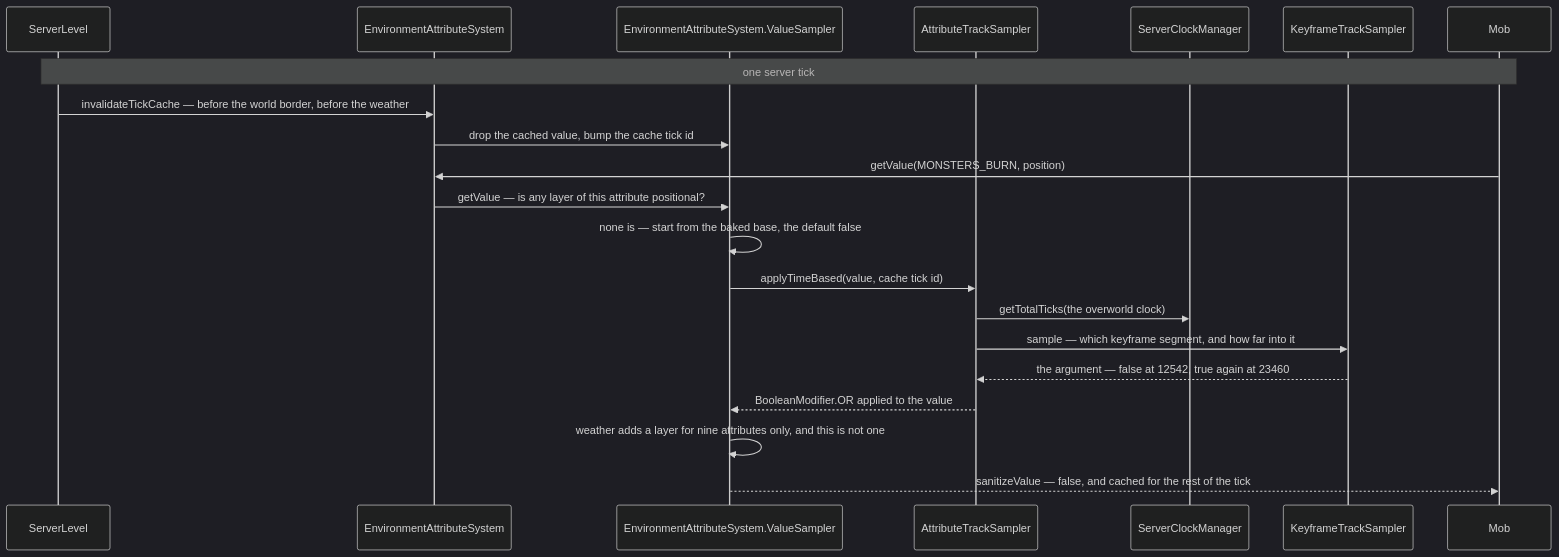
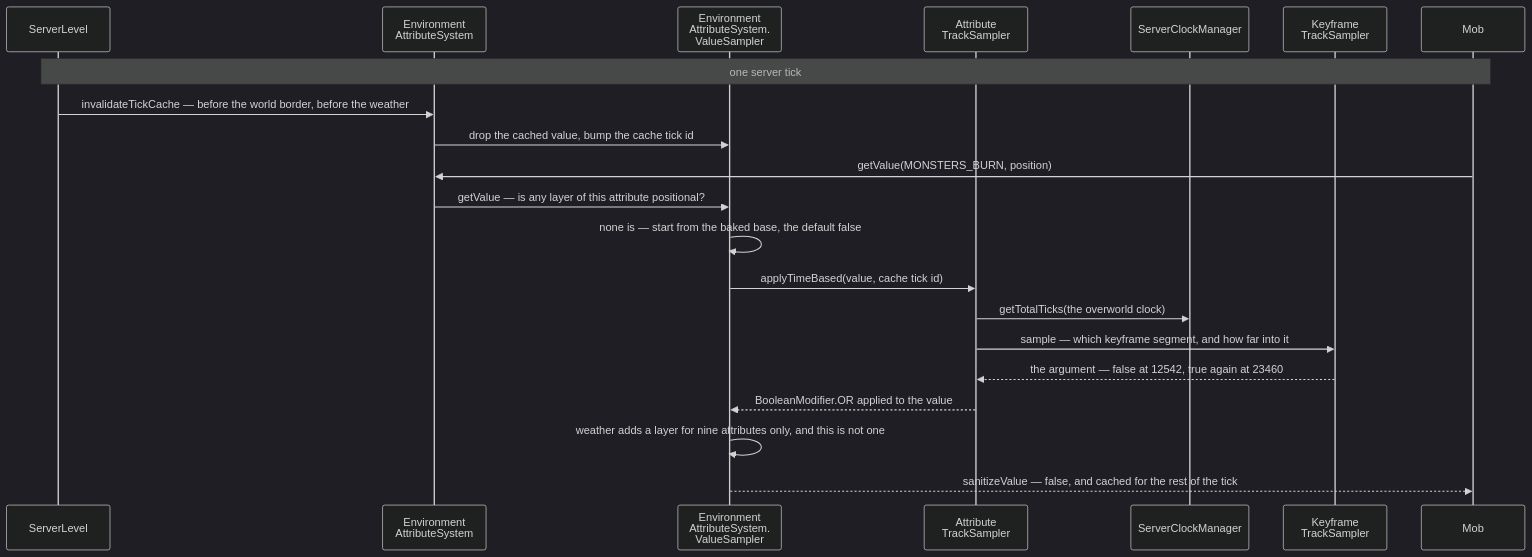
The second of 3 diagrams in src/systems/world/environment-attributes-and-timelines.md (AlexanderjFraser/MinecraftDocs), drawn with Mermaid (dark theme) before and after one commit. The commit also changed other lines of this file and 68 other files, not shown here.

````diff
--- a/src/systems/world/environment-attributes-and-timelines.md
+++ b/src/systems/world/environment-attributes-and-timelines.md
@@ -270,24 +270,24 @@
 ```mermaid
 sequenceDiagram
     participant SL as ServerLevel
-    participant EAS as EnvironmentAttributeSystem
-    participant EVS as EnvironmentAttributeSystem.ValueSampler
-    participant ATS as AttributeTrackSampler
+    participant EAS as Environment<br/>AttributeSystem
+    participant EVS as Environment<br/>AttributeSystem.<br/>ValueSampler
+    participant ATS as Attribute<br/>TrackSampler
     participant SCM as ServerClockManager
-    participant KTS as KeyframeTrackSampler
+    participant KTS as Keyframe<br/>TrackSampler
     participant Mob as Mob
 
     Note over SL,Mob: one server tick
     SL->>EAS: invalidateTickCache — before the world border, before the weather
     EAS->>EVS: drop the cached value, bump the cache tick id
     Mob->>EAS: getValue(MONSTERS_BURN, position)
     EAS->>EVS: getValue — is any layer of this attribute positional?
     EVS->>EVS: none is — start from the baked base, the default false
     EVS->>ATS: applyTimeBased(value, cache tick id)
     ATS->>SCM: getTotalTicks(the overworld clock)
     ATS->>KTS: sample — which keyframe segment, and how far into it
     KTS-->>ATS: the argument — false at 12542, true again at 23460
     ATS-->>EVS: BooleanModifier.OR applied to the value
     EVS->>EVS: weather adds a layer for nine attributes only, and this is not one
     EVS-->>Mob: sanitizeValue — false, and cached for the rest of the tick
 ```
````
